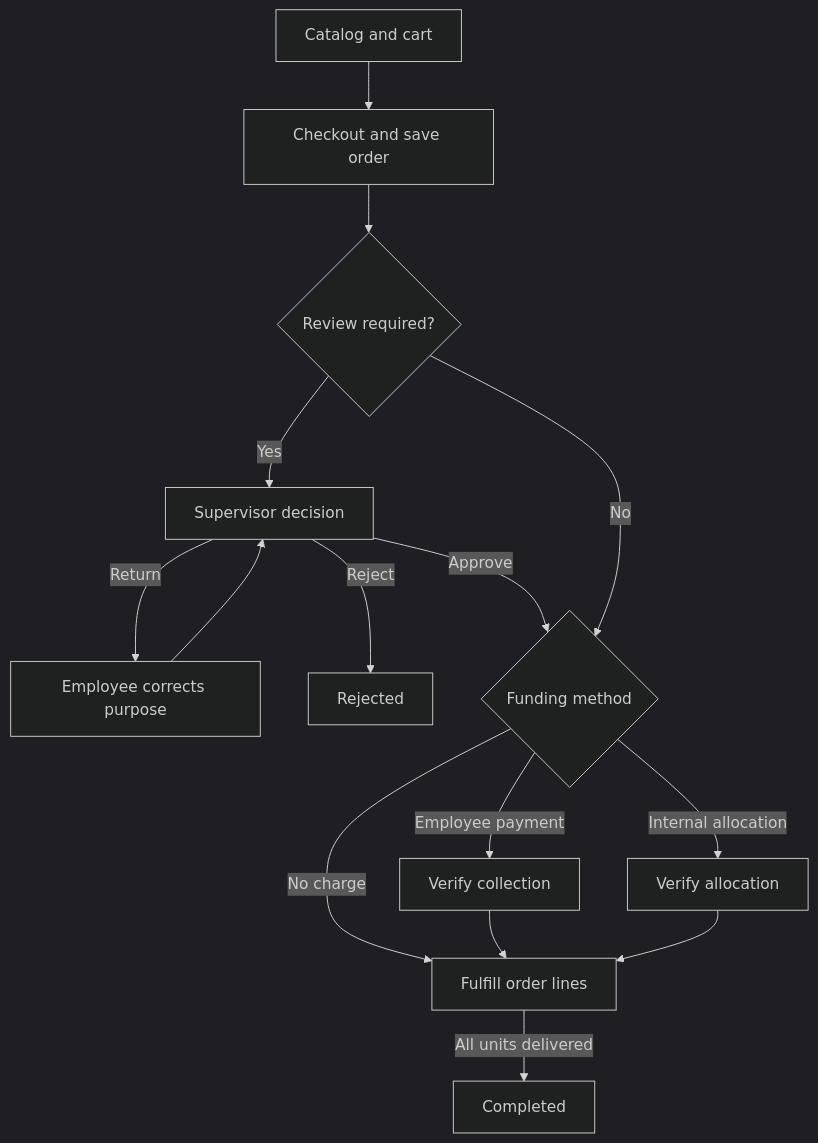
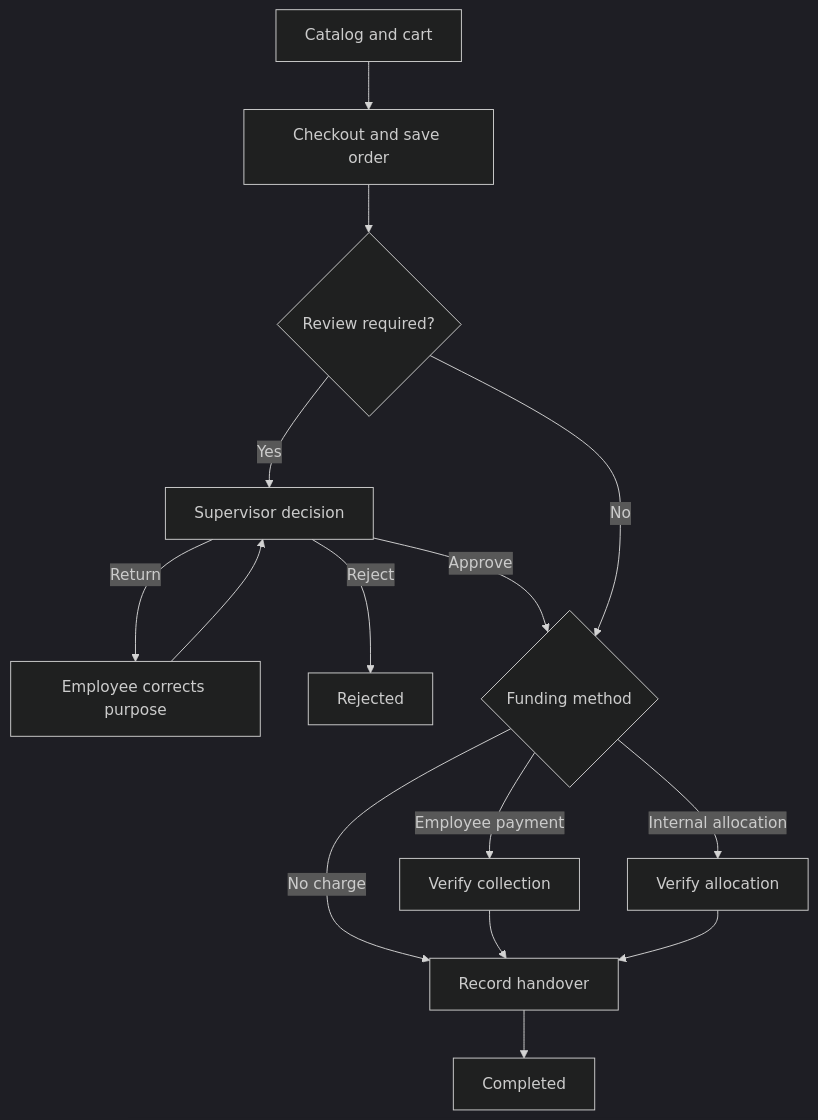
One commit to markamiel1621/financial-management-system changed the diagram in README.md. Above: the diagram before and after it, drawn with Mermaid (dark theme). The commit also changed other lines of this file and 11 other files, not shown here.

````diff
--- a/README.md
+++ b/README.md
@@ -41,17 +43,17 @@
 ```mermaid
 flowchart TD
   A["Catalog and cart"] --> B["Checkout and save order"]
   B --> C{"Review required?"}
   C -->|Yes| D["Supervisor decision"]
   D -->|Return| E["Employee corrects purpose"]
   E --> D
   D -->|Reject| F["Rejected"]
   D -->|Approve| G{"Funding method"}
   C -->|No| G
   G -->|Employee payment| H["Verify collection"]
   G -->|Internal allocation| I["Verify allocation"]
-  G -->|No charge| J["Fulfill order lines"]
+  G -->|No charge| J["Record handover"]
   H --> J
   I --> J
-  J -->|All units delivered| K["Completed"]
+  J --> K["Completed"]
 ```
````
